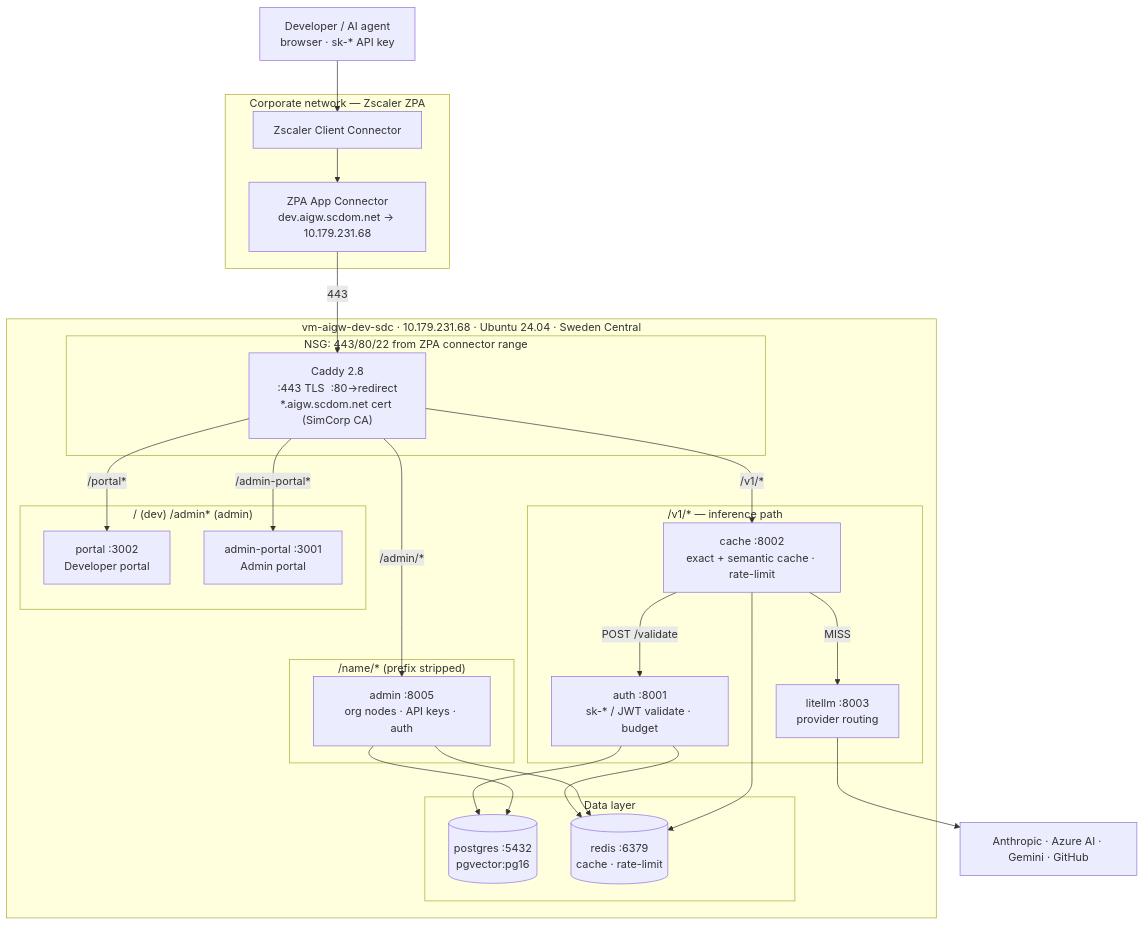
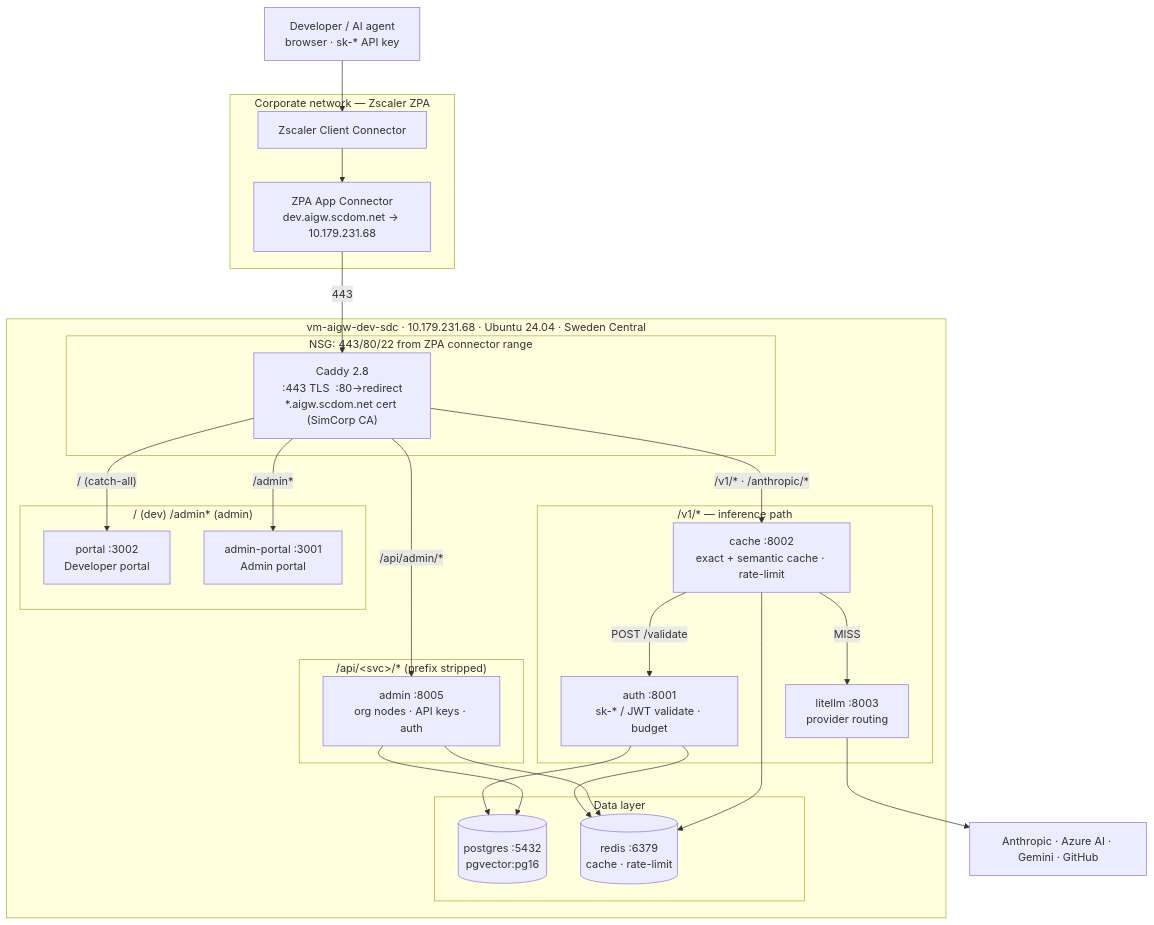
Before and after one commit to SimCorp/ai-gw: the diagram in docs/architecture/dev-environment.md, drawn with Mermaid. The commit also changed other lines of this file and 20 other files, not shown here.

````diff
--- a/docs/architecture/dev-environment.md
+++ b/docs/architecture/dev-environment.md
@@ -246,49 +246,49 @@
 ```mermaid
 %%{init: {"theme": "default"}}%%
 flowchart TB
   dev["Developer / AI agent\nbrowser  ·  sk-* API key"]
 
   subgraph CORP["Corporate network — Zscaler ZPA"]
     zcc["Zscaler Client Connector"]
     zpa["ZPA App Connector\ndev.aigw.scdom.net → 10.179.231.68"]
   end
 
   subgraph VM["vm-aigw-dev-sdc  ·  10.179.231.68  ·  Ubuntu 24.04  ·  Sweden Central"]
     subgraph EDGE["NSG: 443/80/22 from ZPA connector range"]
       caddy["Caddy 2.8\n:443 TLS  :80→redirect\n*.aigw.scdom.net cert (SimCorp CA)"]
     end
 
     subgraph INFERENCE["/v1/* — inference path"]
       cache["cache :8002\nexact + semantic cache · rate-limit"]
       auth["auth :8001\nsk-* / JWT validate · budget"]
       litellm["litellm :8003\nprovider routing"]
     end
 
     subgraph PORTALS["/ (dev)  /admin* (admin)"]
       portal["portal :3002\nDeveloper portal"]
       adminportal["admin-portal :3001\nAdmin portal"]
     end
 
-    subgraph APIS["/name/* (prefix stripped)"]
+    subgraph APIS["/api/&lt;svc&gt;/* (prefix stripped)"]
       admin["admin :8005\norg nodes · API keys · auth"]
     end
 
     subgraph DATA["Data layer"]
       pg[("postgres :5432\npgvector:pg16")]
       redis[("redis :6379\ncache · rate-limit")]
     end
   end
 
   ext["Anthropic · Azure AI · Gemini · GitHub"]
 
   dev --> zcc --> zpa -->|"443"| caddy
-  caddy -->|"/v1/*"| cache
-  caddy -->|"/portal*"| portal
-  caddy -->|"/admin-portal*"| adminportal
-  caddy -->|"/admin/*"| admin
+  caddy -->|"/v1/*  ·  /anthropic/*"| cache
+  caddy -->|"/  (catch-all)"| portal
+  caddy -->|"/admin*"| adminportal
+  caddy -->|"/api/admin/*"| admin
   cache -->|"POST /validate"| auth
   cache -->|"MISS"| litellm
   litellm --> ext
   auth & admin --> pg & redis
   cache --> redis
 ```
````
